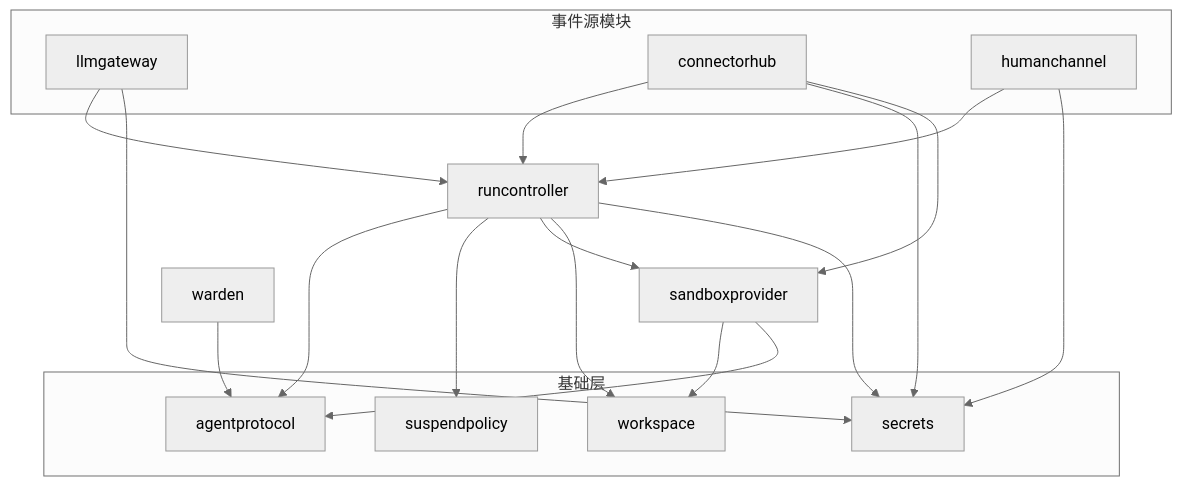
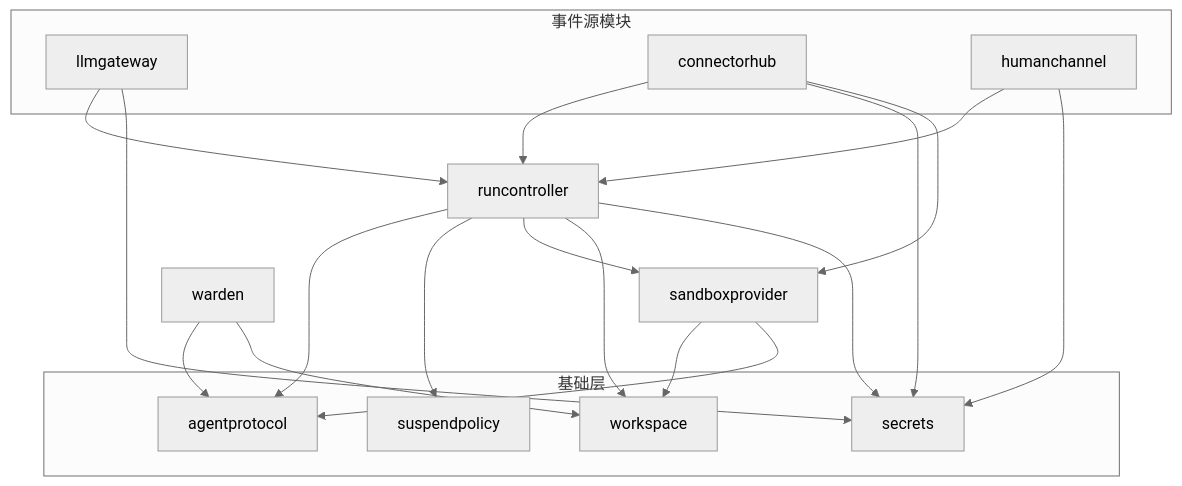
One commit to wangzw/castworks changed the second of 8 diagrams in docs/design/architecture.md. Above: the diagram before and after it, drawn with Mermaid (neutral theme). The commit also changed other lines of this file and 22 other files, not shown here.

First line of the commit message:
docs(design): add all module design documents and the roadmap

````diff
--- a/docs/design/architecture.md
+++ b/docs/design/architecture.md
@@ -102,32 +102,33 @@
 ```mermaid
 graph TD
     subgraph sources["事件源模块"]
         llmgateway
         connectorhub
         humanchannel
     end
     runcontroller
     sandboxprovider
     warden
     subgraph base["基础层"]
         agentprotocol
         suspendpolicy
         secrets
         workspace
     end
     llmgateway --> runcontroller
     llmgateway --> secrets
     connectorhub --> runcontroller
     connectorhub --> secrets
     connectorhub --> sandboxprovider
     humanchannel --> runcontroller
     humanchannel --> secrets
     runcontroller --> agentprotocol
     runcontroller --> suspendpolicy
     runcontroller --> sandboxprovider
     runcontroller --> workspace
     runcontroller --> secrets
     sandboxprovider --> workspace
     sandboxprovider --> agentprotocol
     warden --> agentprotocol
+    warden --> workspace
 ```
````
